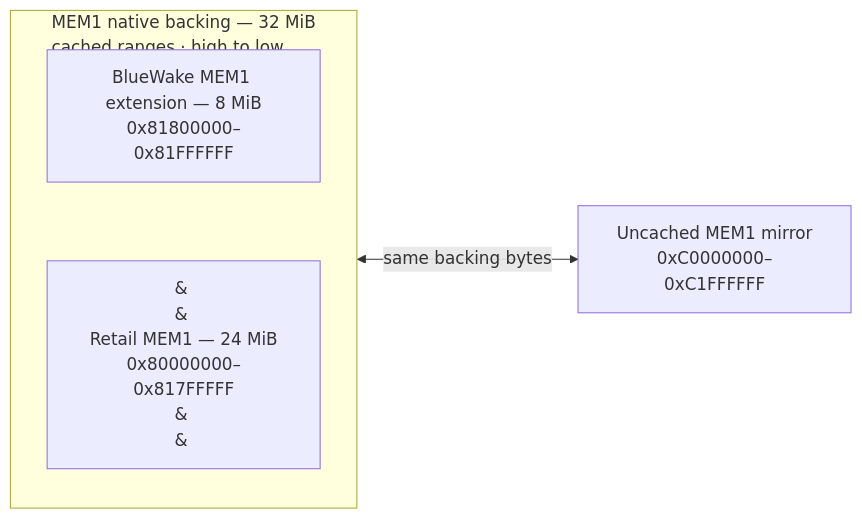
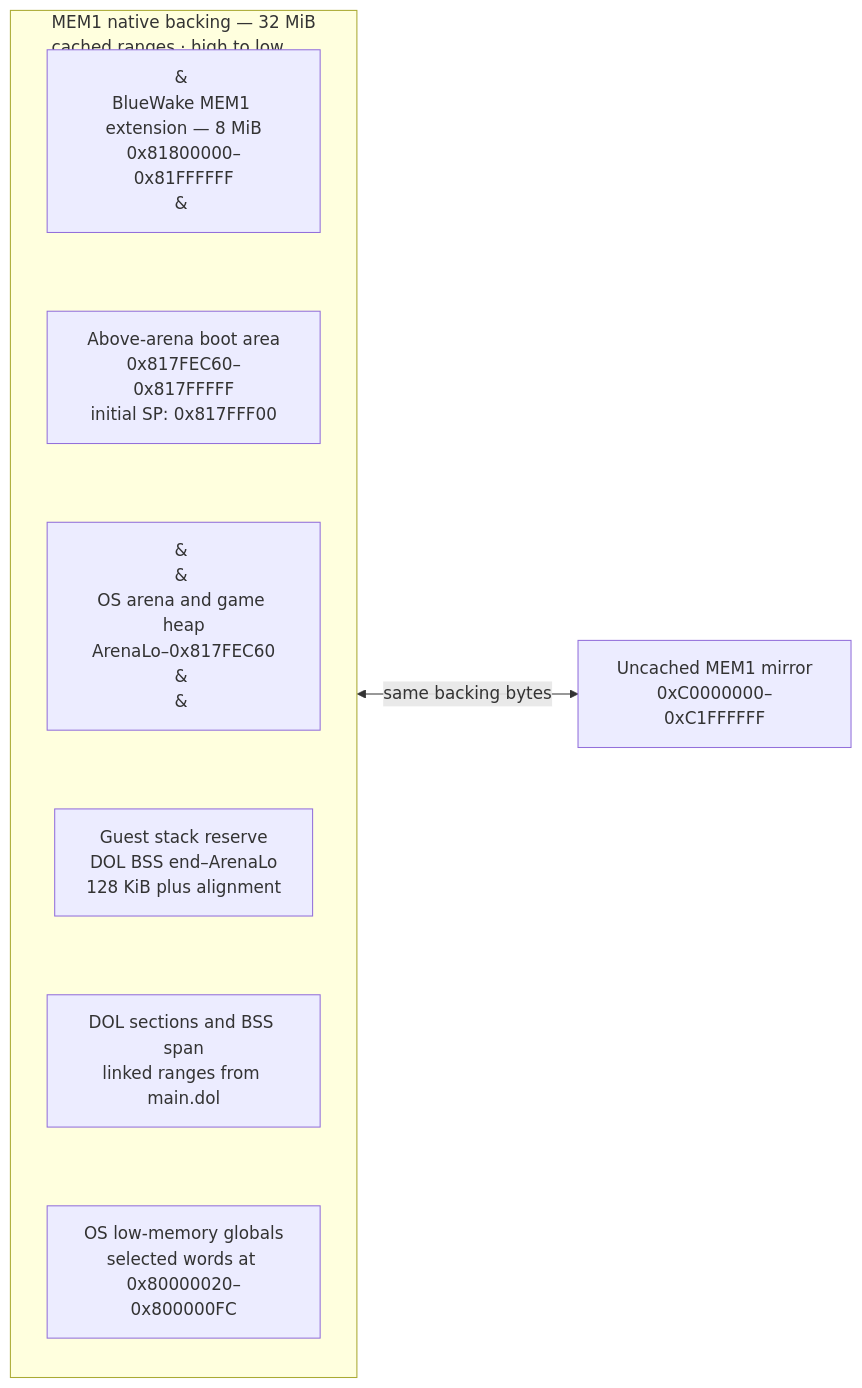
The fourth of 6 diagrams in docs/architecture/GuestState.md (Aelbannan/boat_of_daphnes), drawn with Mermaid before and after one commit. The commit also changed other lines of this file, not shown here.

Commit message:
docs: expand MEM1 boot layout

````diff
--- a/docs/architecture/GuestState.md
+++ b/docs/architecture/GuestState.md
@@ -448,14 +449,24 @@
 ```mermaid
 flowchart LR
     subgraph MEM1["MEM1 native backing — 32 MiB<br/>cached ranges · high to low"]
         direction TB
-        Extension["BlueWake MEM1 extension — 8 MiB<br/>0x81800000–0x81FFFFFF"]
-        Retail["&#160;<br/>&#160;<br/>Retail MEM1 — 24 MiB<br/>0x80000000–0x817FFFFF<br/>&#160;<br/>&#160;"]
+        Extension["&#160;<br/>BlueWake MEM1 extension — 8 MiB<br/>0x81800000–0x81FFFFFF<br/>&#160;"]
+        Boot["`Above-arena boot area
+0x817FEC60–0x817FFFFF
+initial SP: 0x817FFF00`"]
+        Arena["&#160;<br/>&#160;<br/>OS arena and game heap<br/>ArenaLo–0x817FEC60<br/>&#160;<br/>&#160;"]
+        Stack["`Guest stack reserve
+DOL BSS end–ArenaLo
+128 KiB plus alignment`"]
+        DOL["`DOL sections and BSS span
+linked ranges from main.dol`"]
+        Low["`OS low-memory globals
+selected words at 0x80000020–0x800000FC`"]
 
-        Extension ~~~ Retail
+        Extension ~~~ Boot ~~~ Arena ~~~ Stack ~~~ DOL ~~~ Low
     end
 
     Mirror["`Uncached MEM1 mirror
 0xC0000000–0xC1FFFFFF`"]
     MEM1 <-->|"same backing bytes"| Mirror
 ```
````
